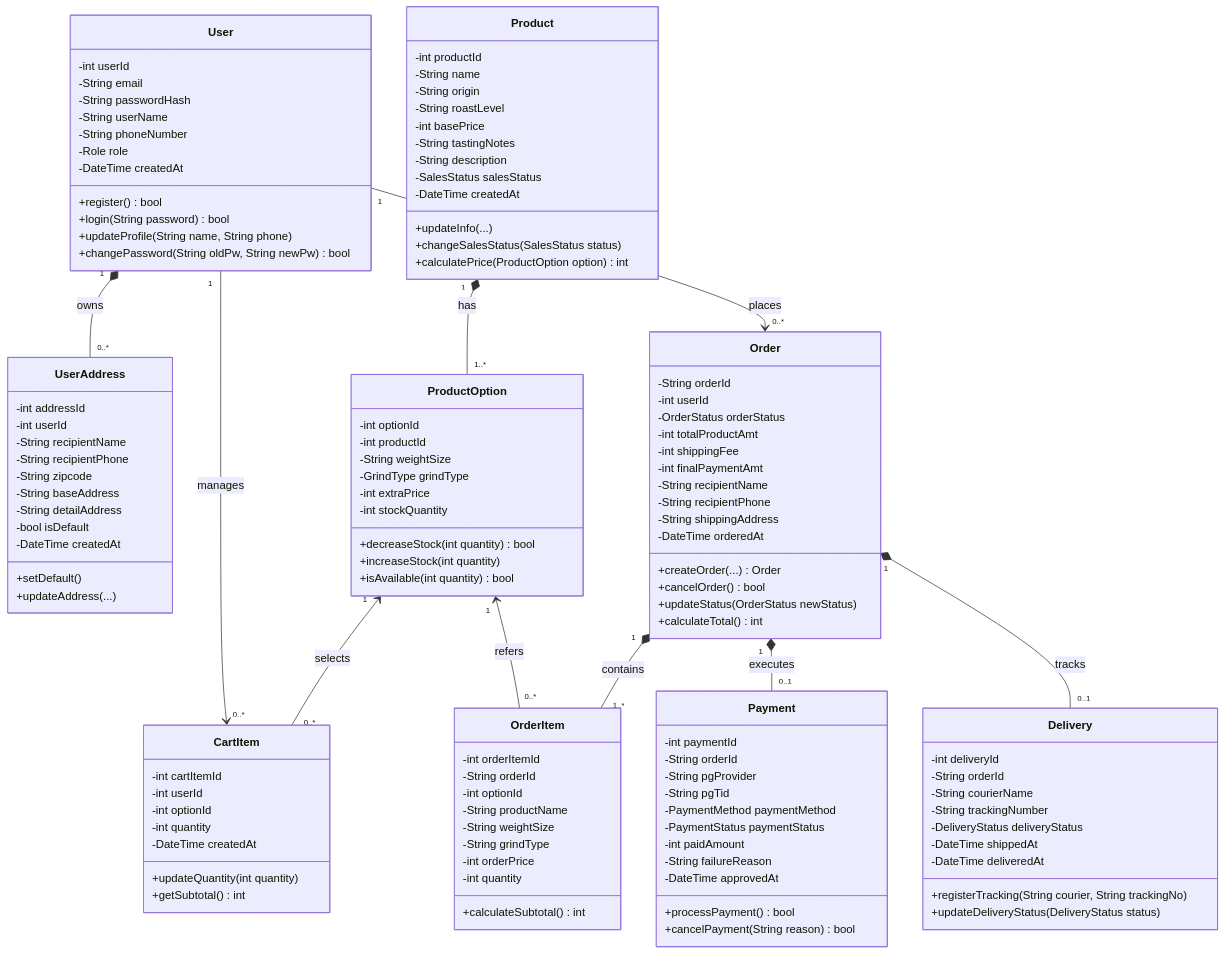
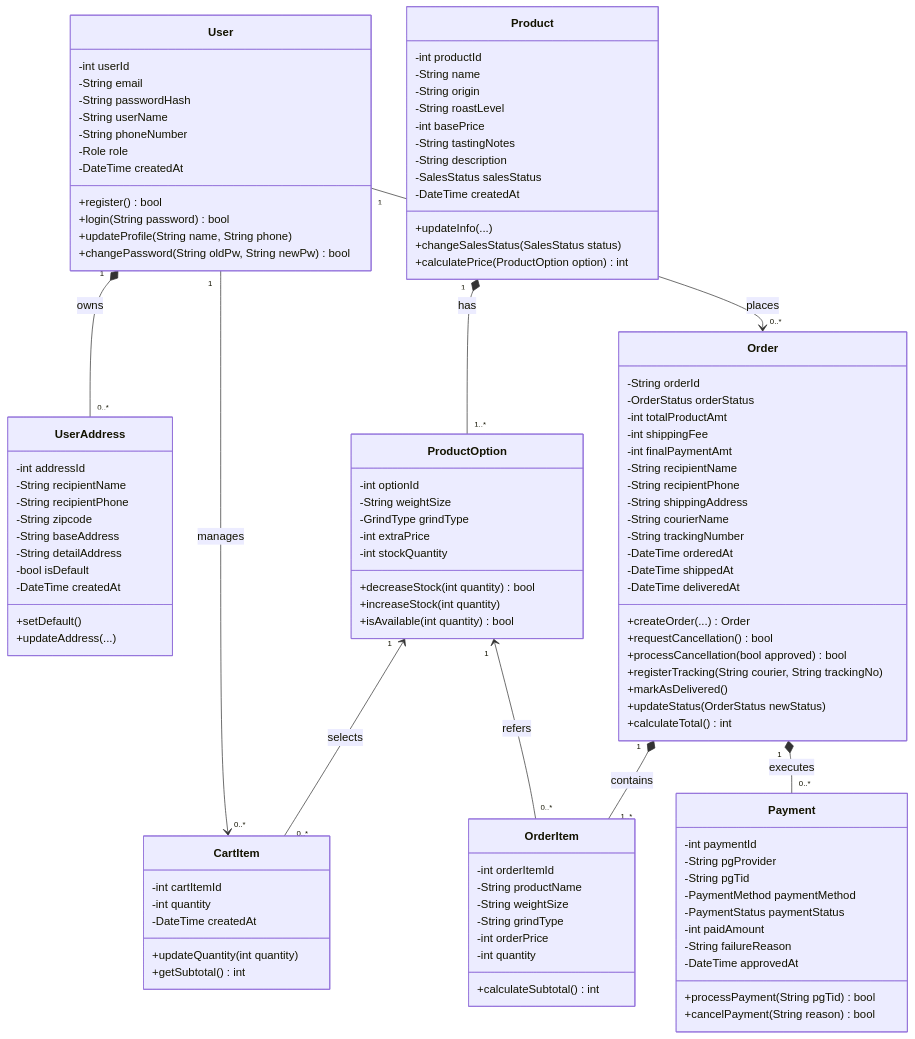
Before and after one commit to h2zkzd5whp-droid/coffee-shop: the diagram in docs/backend/class-diagram.md, drawn with Mermaid. The commit also changed other lines of this file and 5 other files, not shown here.

````diff
--- a/docs/backend/class-diagram.md
+++ b/docs/backend/class-diagram.md
@@ -28,7 +26,6 @@
 
     class UserAddress {
         -int addressId
-        -int userId
         -String recipientName
         -String recipientPhone
         -String zipcode
@@ -57,7 +54,6 @@
 
     class ProductOption {
         -int optionId
-        -int productId
         -String weightSize
         -GrindType grindType
         -int extraPrice
@@ -69,8 +65,6 @@
 
     class CartItem {
         -int cartItemId
-        -int userId
-        -int optionId
         -int quantity
         -DateTime createdAt
         +updateQuantity(int quantity)
@@ -79,7 +73,6 @@
 
     class Order {
         -String orderId
-        -int userId
         -OrderStatus orderStatus
         -int totalProductAmt
         -int shippingFee
@@ -87,17 +80,22 @@
         -String recipientName
         -String recipientPhone
         -String shippingAddress
+        -String courierName
+        -String trackingNumber
         -DateTime orderedAt
+        -DateTime shippedAt
+        -DateTime deliveredAt
         +createOrder(...) Order
-        +cancelOrder() bool
+        +requestCancellation() bool
+        +processCancellation(bool approved) bool
+        +registerTracking(String courier, String trackingNo)
+        +markAsDelivered()
         +updateStatus(OrderStatus newStatus)
         +calculateTotal() int
     }
 
     class OrderItem {
         -int orderItemId
-        -String orderId
-        -int optionId
         -String productName
         -String weightSize
         -String grindType
@@ -108,7 +106,6 @@
 
     class Payment {
         -int paymentId
-        -String orderId
         -String pgProvider
         -String pgTid
         -PaymentMethod paymentMethod
@@ -116,20 +113,8 @@
         -int paidAmount
         -String failureReason
         -DateTime approvedAt
-        +processPayment() bool
+        +processPayment(String pgTid) bool
         +cancelPayment(String reason) bool
-    }
-
-    class Delivery {
-        -int deliveryId
-        -String orderId
-        -String courierName
-        -String trackingNumber
-        -DeliveryStatus deliveryStatus
-        -DateTime shippedAt
-        -DateTime deliveredAt
-        +registerTracking(String courier, String trackingNo)
-        +updateDeliveryStatus(DeliveryStatus status)
     }
 
     User "1" *-- "0..*" UserAddress : owns
@@ -141,6 +126,5 @@
     ProductOption "1" <-- "0..*" OrderItem : refers
 
     Order "1" *-- "1..*" OrderItem : contains
-    Order "1" *-- "0..1" Payment : executes
-    Order "1" *-- "0..1" Delivery : tracks
+    Order "1" *-- "0..*" Payment : executes
 ```
````
